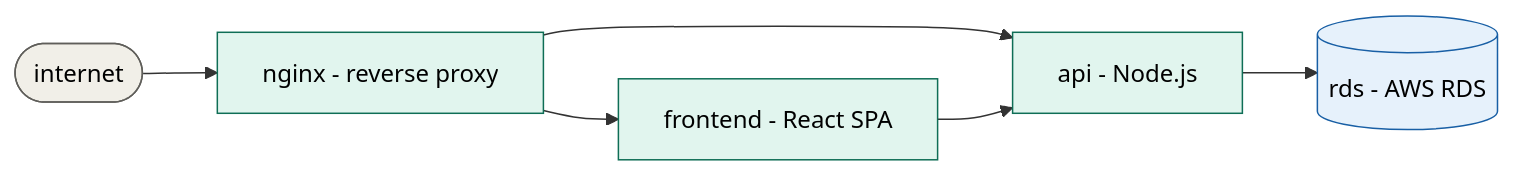
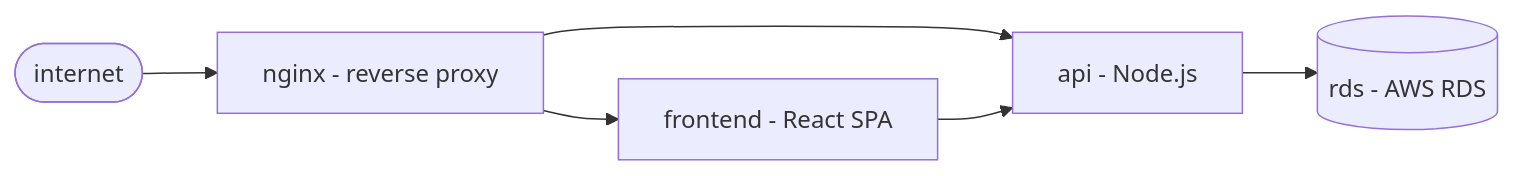
The diagram in README.md (mgt-tool/mgtt), drawn with Mermaid before and after one commit. The commit also changed 5 other files, not shown here.

````diff
--- a/README.md
+++ b/README.md
@@ -126,14 +126,9 @@
 ```mermaid
 graph LR
   internet([internet]) --> nginx
   nginx[nginx - reverse proxy] --> frontend
   nginx --> api
   frontend[frontend - React SPA] --> api
   api[api - Node.js] --> rds[(rds - AWS RDS)]
 
-  style nginx     fill:#E1F5EE,stroke:#0F6E56,color:#000
-  style frontend  fill:#E1F5EE,stroke:#0F6E56,color:#000
-  style api       fill:#E1F5EE,stroke:#0F6E56,color:#000
-  style rds       fill:#E6F1FB,stroke:#185FA5,color:#000
-  style internet  fill:#F1EFE8,stroke:#5F5E5A,color:#000
 ```
````
